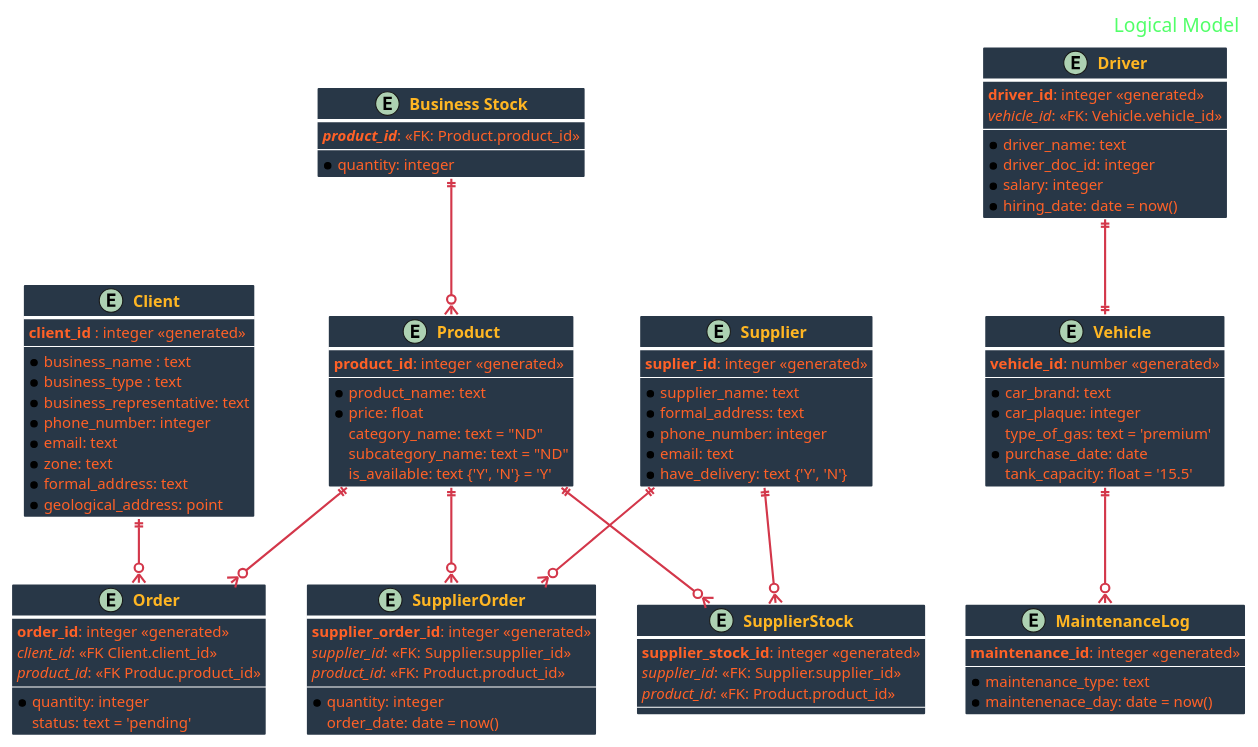
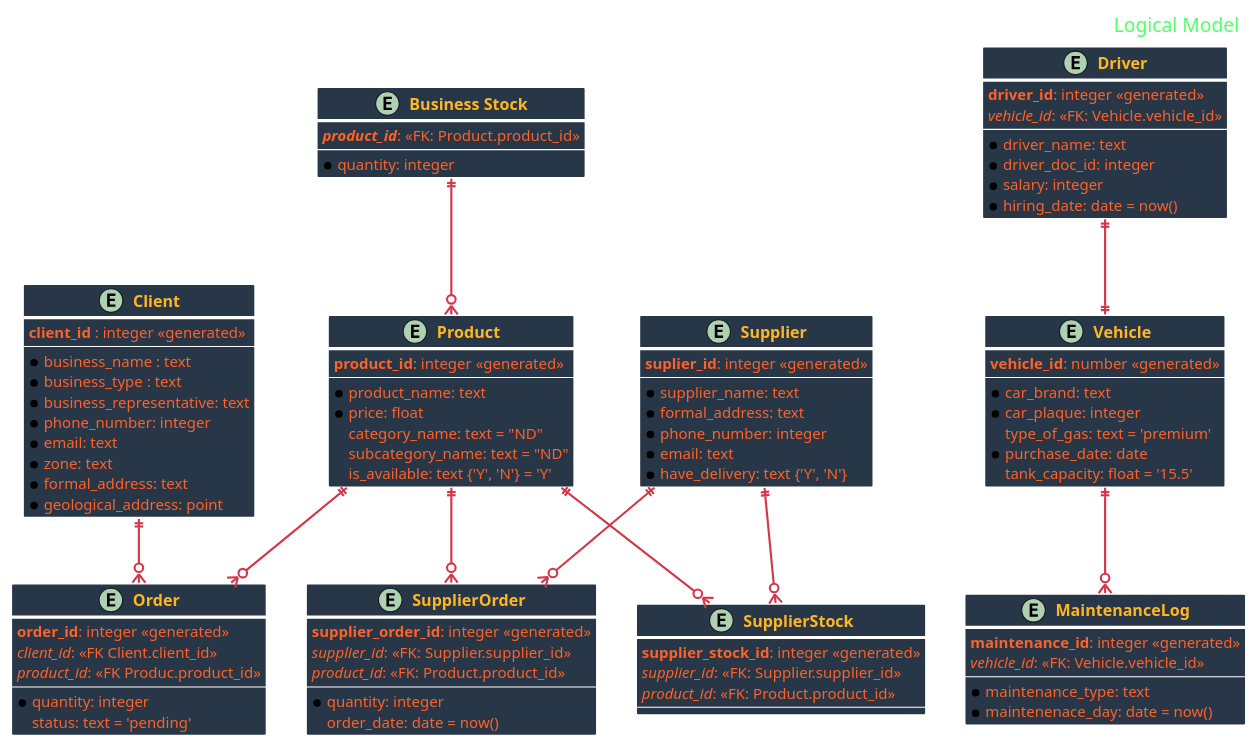
One commit to hros19/CorreCaminos-management-system changed the diagram in logical_diagram.puml. Above: the diagram before and after it, drawn with PlantUML.

Commit message:
Mantenimiento por carro

```diff
--- a/logical_diagram.puml
+++ b/logical_diagram.puml
@@ -1,127 +1,128 @@
 @startuml Logical Database Model
 
 skinparam BackgroundColor transparent
 
 skinparam HeaderFontColor #52FF69
 skinparam HeaderFontSize 18
 
 skinparam ArrowFontSize 15
 skinparam ArrowColor D3374A
 skinparam ArrowThickness 2
 skinparam ArrowFontColor #3FD0C4
 
 skinparam ClassBorderColor white
 skinparam ClassBorderThickness 3
 skinparam ClassAttributeFontSize 14
 skinparam ClassAttributeFontColor FF6127
 skinparam ClassBackgroundColor #283747
 skinparam ClassFontSize 15
 skinparam ClassFontStyle Bold
 skinparam ClassFontColor #FFB623
 
 
 header Logical Model
 
 entity "Client" as Client {
   **client_id** : integer <<generated>>
   --
   *business_name : text
   *business_type : text
   *business_representative: text
   *phone_number: integer
   *email: text
   *zone: text
   *formal_address: text
   *geological_address: point
 }
 
 entity "Vehicle" as Vehicle {
     **vehicle_id**: number <<generated>>
     --
     *car_brand: text
     *car_plaque: integer
     type_of_gas: text = 'premium'
     *purchase_date: date
     tank_capacity: float = '15.5' 
 }
 
 entity "MaintenanceLog" as MaintenanceLog {
     **maintenance_id**: integer <<generated>>
+     //vehicle_id//: <<FK: Vehicle.vehicle_id>> 
     --
     *maintenance_type: text
     *maintenenace_day: date = now()
 }
 
 entity "Driver" as Driver {
     **driver_id**: integer <<generated>>
     //vehicle_id//: <<FK: Vehicle.vehicle_id>>
     --
     *driver_name: text
     *driver_doc_id: integer
     *salary: integer
     *hiring_date: date = now()
 }
 
 entity "Order" as Order {
     **order_id**: integer <<generated>>
     //client_id//: <<FK Client.client_id>>
     //product_id//: <<FK Produc.product_id>>
     --
     *quantity: integer
     status: text = 'pending'
 }
 
 entity "Business Stock" as BusinessStock {
     **//product_id//**: <<FK: Product.product_id>>
     --
     *quantity: integer
 }
 
 entity "Supplier" as Supplier {
     **suplier_id**: integer <<generated>>
     --
     *supplier_name: text
     *formal_address: text
     *phone_number: integer
     *email: text
     *have_delivery: text {'Y', 'N'}
 }
 
 entity "Product" as Product {
     **product_id**: integer <<generated>>
     --
     *product_name: text
     *price: float
     category_name: text = "ND"
     subcategory_name: text = "ND"
     is_available: text {'Y', 'N'} = 'Y'
 }
 
 entity "SupplierStock" as SupplierStock {
     **supplier_stock_id**: integer <<generated>>
     //supplier_id//: <<FK: Supplier.supplier_id>>
     //product_id//: <<FK: Product.product_id>>
     --
 }
 
 entity "SupplierOrder" as SupplierOrder {
     **supplier_order_id**: integer <<generated>>
     //supplier_id//: <<FK: Supplier.supplier_id>>
     //product_id//: <<FK: Product.product_id>>
     --
     *quantity: integer
     order_date: date = now()
 }
 
 Driver ||--|| Vehicle
 Vehicle ||--o{ MaintenanceLog
 Client ||--o{ Order
 Product ||--o{ Order
 Supplier ||--o{ SupplierOrder
 Supplier ||--o{ SupplierStock
 Product ||--o{ SupplierStock
 Product ||--o{ SupplierOrder
 BusinessStock ||--o{ Product
 
 
 @enduml
```
